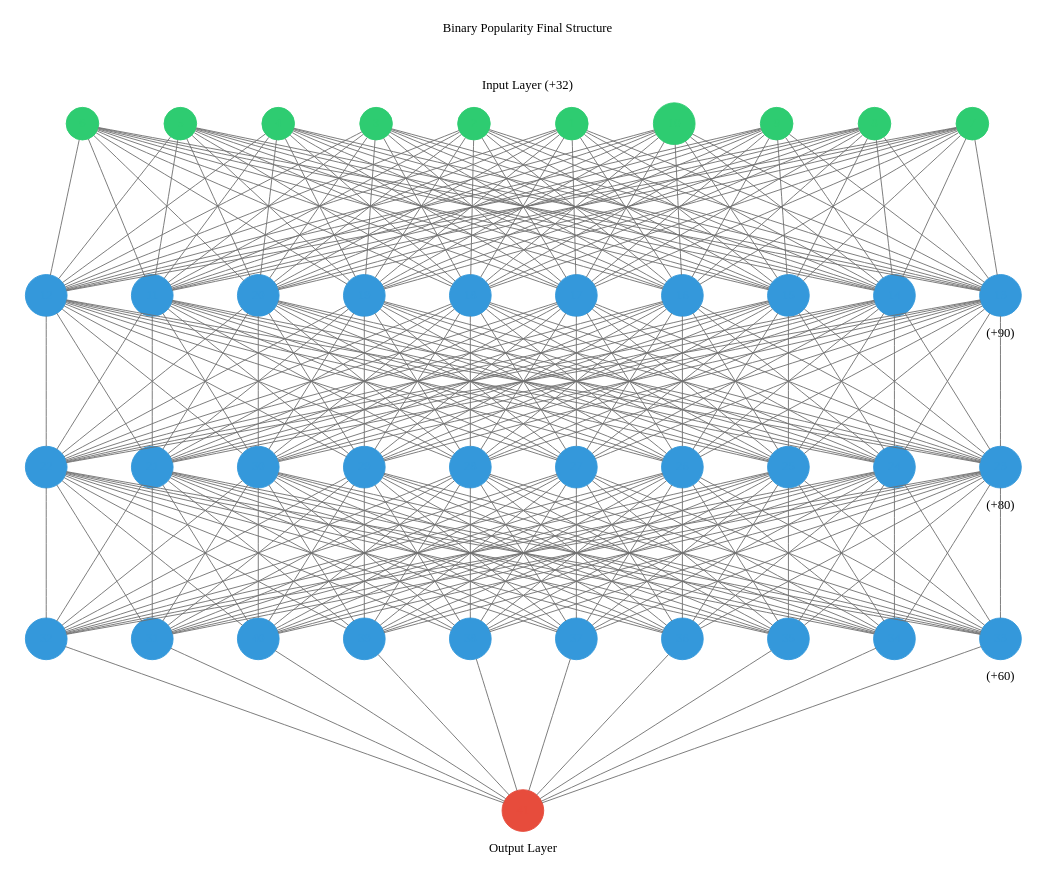
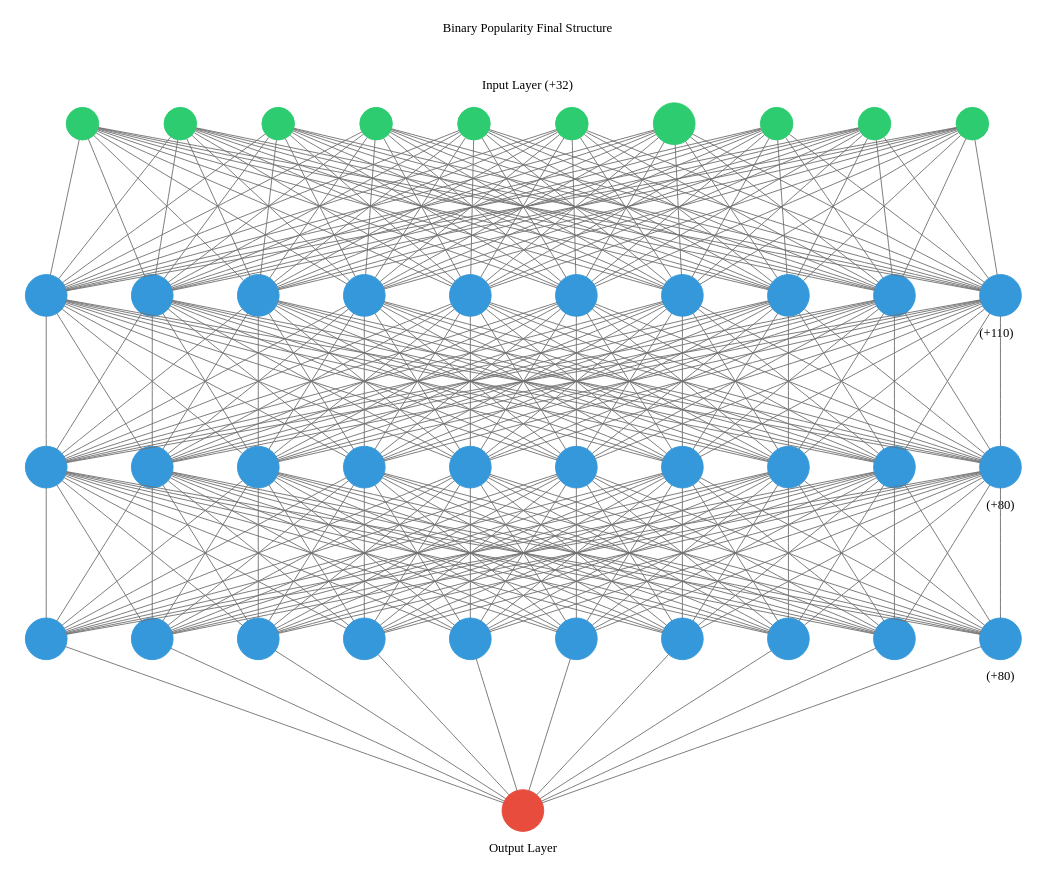
One commit to skronheim/Project-4 changed the diagram in SK_predict_popularity/summary_stats/binary_popularity_final_nn_structure.gv. Above: the diagram before and after it, drawn with Graphviz. The commit also changed 201 other files, not shown here.

Commit message:
Fixed figure save files

```diff
--- a/SK_predict_popularity/summary_stats/binary_popularity_final_nn_structure.gv
+++ b/SK_predict_popularity/summary_stats/binary_popularity_final_nn_structure.gv
@@ -178,7 +178,7 @@
 	subgraph cluster_1 {
 		color=white
 		rank=same
-		label=" (+90)" labeljust=right labelloc=b
+		label=" (+110)" labeljust=right labelloc=b
 		11 [color="#3498db" fontcolor="#3498db" shape=circle style=filled]
 		12 [color="#3498db" fontcolor="#3498db" shape=circle style=filled]
 		13 [color="#3498db" fontcolor="#3498db" shape=circle style=filled]
@@ -408,7 +408,7 @@
 	subgraph cluster_3 {
 		color=white
 		rank=same
-		label=" (+60)" labeljust=right labelloc=b
+		label=" (+80)" labeljust=right labelloc=b
 		31 [color="#3498db" fontcolor="#3498db" shape=circle style=filled]
 		32 [color="#3498db" fontcolor="#3498db" shape=circle style=filled]
 		33 [color="#3498db" fontcolor="#3498db" shape=circle style=filled]
```
